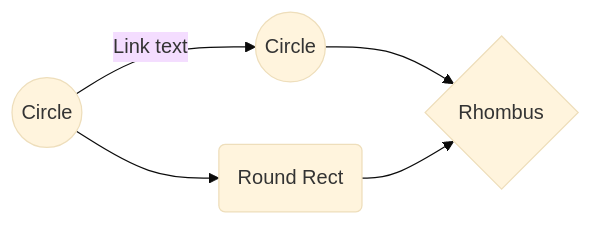
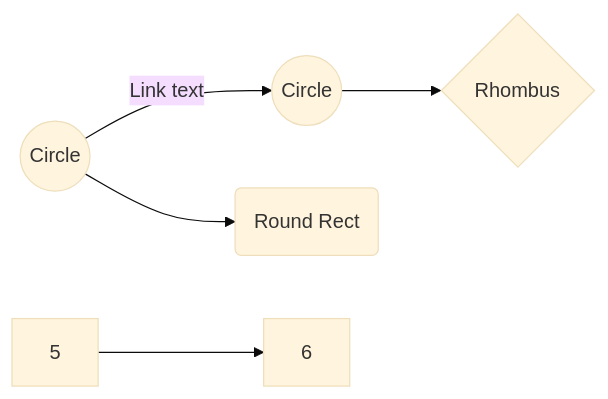
Before and after one commit to sramire3000/documentacion: the diagram in OpenCode/SpecDrivenDevelopment.md, drawn with Mermaid (base theme).

Commit message:
Update flowchart syntax in SpecDrivenDevelopment.md

````diff
--- a/OpenCode/SpecDrivenDevelopment.md
+++ b/OpenCode/SpecDrivenDevelopment.md
@@ -4,7 +4,7 @@
 ```mermaid
 graph LR
-A((Circle)) -- Link text --> B((Circle))
-A --> C(Round Rect)
-B --> D{Rhombus}
-C --> D
+1((Circle)) -- Link text --> 2((Circle))
+1 --> 3(Round Rect)
+2 --> 4{Rhombus}
+5 --> 6
 ```
````
